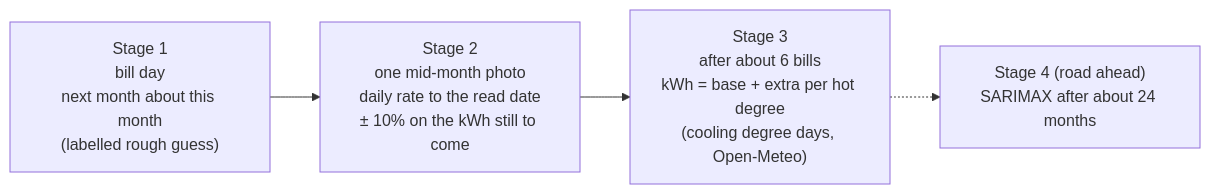
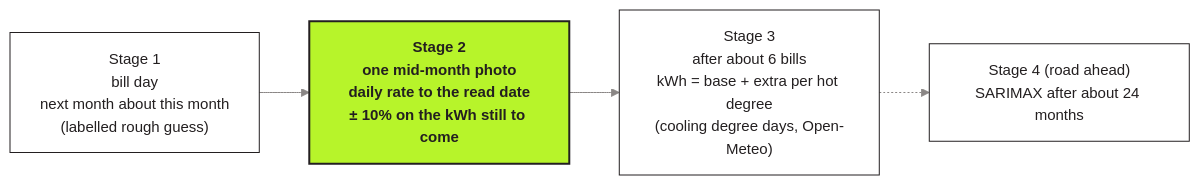
One commit to msmeralco/TeamNewYorkStylePizza changed the sixth of 8 diagrams in README.md. Above: the diagram before and after it, drawn with Mermaid. The commit also changed other lines of this file and 1 other file, not shown here.

Commit message:
README diagrams in Kahati branding: white nodes, dark grey text, one lime key node, Inter Tight

````diff
--- a/README.md
+++ b/README.md
@@ -139,6 +154,9 @@
 ```mermaid
+%%{init: {'theme': 'base', 'themeVariables': {'fontFamily': 'Inter Tight, Inter, Segoe UI, Arial', 'fontSize': '15px', 'primaryColor': '#FFFFFF', 'primaryTextColor': '#231F20', 'primaryBorderColor': '#231F20', 'secondaryColor': '#F5F4F1', 'tertiaryColor': '#F5F4F1', 'lineColor': '#8A8685', 'textColor': '#231F20', 'clusterBkg': '#F5F4F1', 'clusterBorder': '#BDBAB8', 'edgeLabelBackground': '#F5F4F1', 'actorBkg': '#FFFFFF', 'actorBorder': '#231F20', 'actorTextColor': '#231F20', 'actorLineColor': '#8A8685', 'signalColor': '#5C5859', 'signalTextColor': '#231F20', 'noteBkgColor': '#B7F42A', 'noteTextColor': '#231F20', 'noteBorderColor': '#7A9F1B', 'labelBoxBkgColor': '#F5F4F1', 'labelBoxBorderColor': '#BDBAB8', 'loopTextColor': '#231F20'}}}%%
 flowchart LR
     S1["Stage 1<br/>bill day<br/>next month about this month<br/>(labelled rough guess)"] --> S2["Stage 2<br/>one mid-month photo<br/>daily rate to the read date<br/>± 10% on the kWh still to come"]
     S2 --> S3["Stage 3<br/>after about 6 bills<br/>kWh = base + extra per hot degree<br/>(cooling degree days, Open-Meteo)"]
     S3 -.-> S4["Stage 4 (road ahead)<br/>SARIMAX after about 24 months"]
+    classDef key fill:#B7F42A,stroke:#231F20,stroke-width:2px,color:#231F20,font-weight:bold
+    class S2 key
 ```
````
